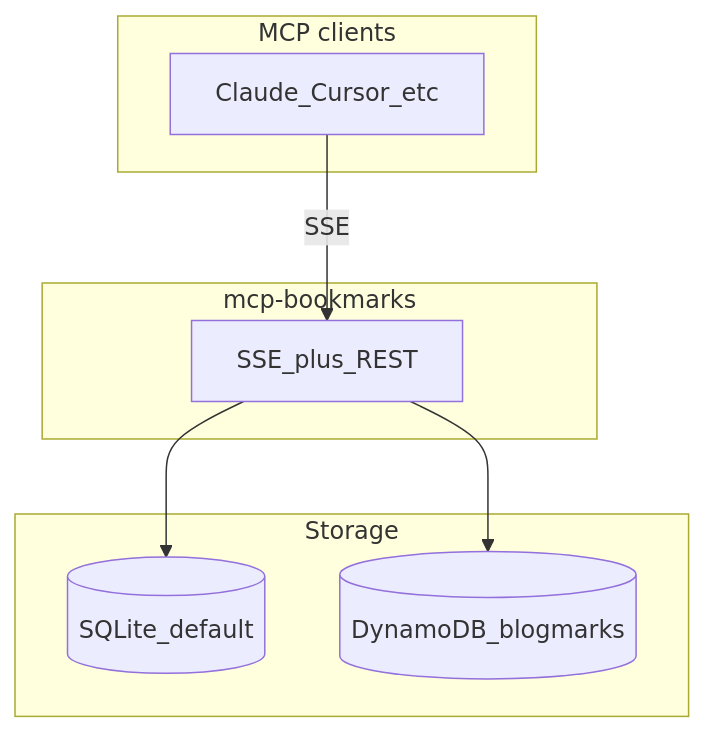
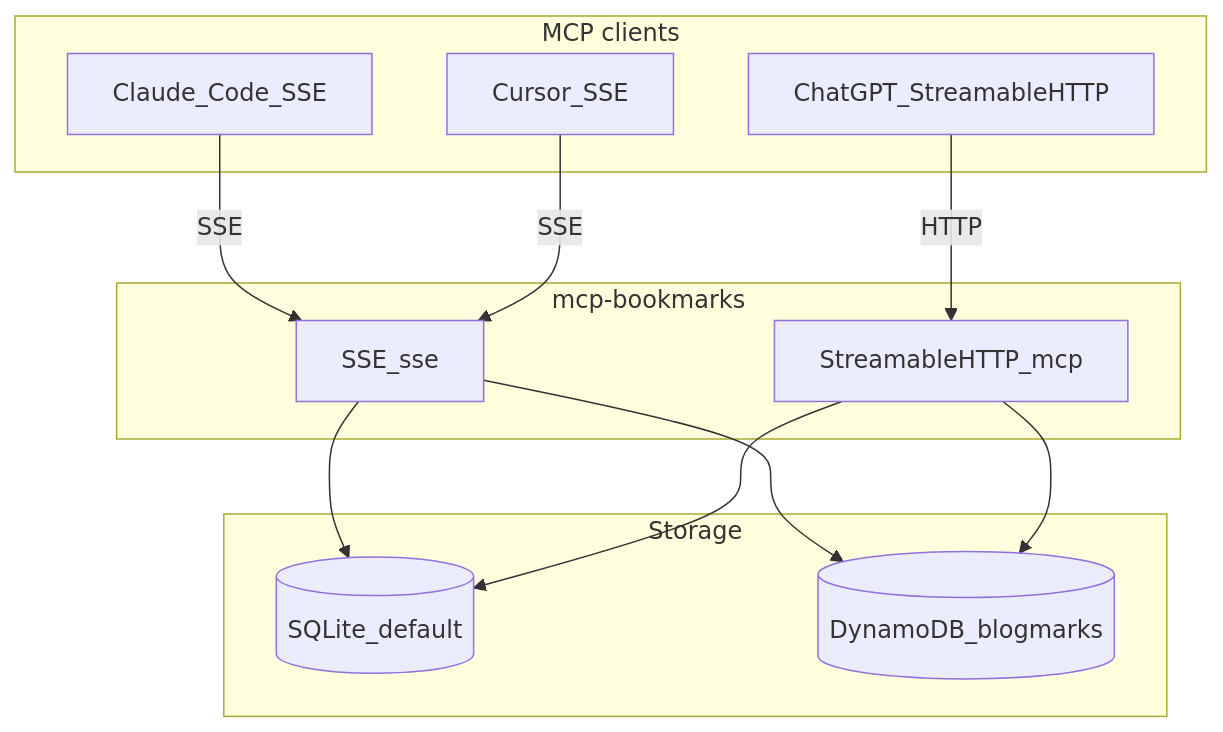
One commit to kayaman/mcp-bookmarks changed the first of 2 diagrams in presentation/slides.md. Above: the diagram before and after it, drawn with Mermaid. The commit also changed other lines of this file and 20 other files, not shown here.

First line of the commit message:
feat: add Streamable HTTP transport and production HTTPS infra for MCP demo

````diff
--- a/presentation/slides.md
+++ b/presentation/slides.md
@@ -58,16 +58,23 @@
 ```mermaid
 flowchart TB
   subgraph clients [MCP clients]
-    C[Claude_Cursor_etc]
+    CC[Claude_Code_SSE]
+    CUR[Cursor_SSE]
+    CGP[ChatGPT_StreamableHTTP]
   end
   subgraph server [mcp-bookmarks]
-    S[SSE_plus_REST]
+    SSE[SSE_sse]
+    SH[StreamableHTTP_mcp]
   end
   subgraph storage [Storage]
     L[(SQLite_default)]
     D[(DynamoDB_blogmarks)]
   end
-  C -->|SSE| S
-  S --> L
-  S --> D
+  CC -->|SSE| SSE
+  CUR -->|SSE| SSE
+  CGP -->|HTTP| SH
+  SSE --> L
+  SSE --> D
+  SH --> L
+  SH --> D
 ```
````
